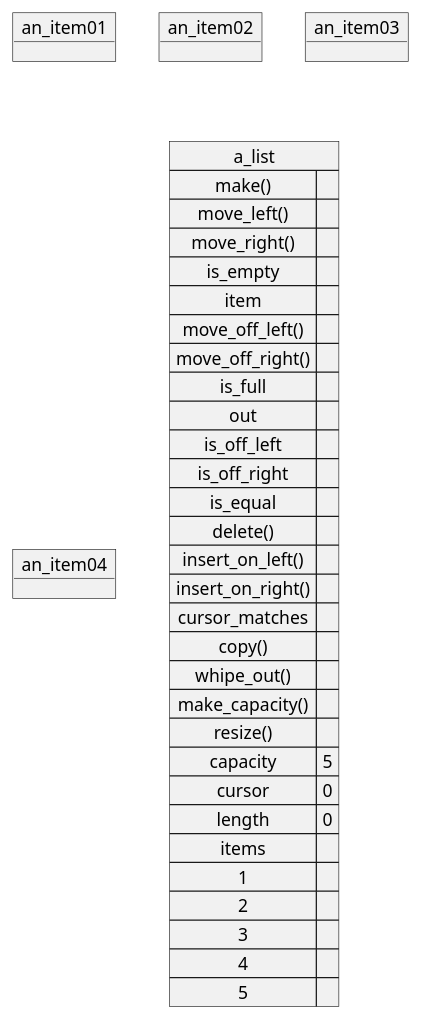
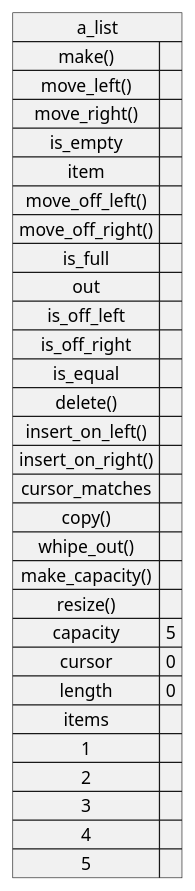
The fifth of 11 diagrams in docs/6_Lists.md (elviejo79/literate_pro_for_beeminder), drawn with PlantUML before and after one commit. The commit also changed other lines of this file and 3 other files, not shown here.

````diff
--- a/docs/6_Lists.md
+++ b/docs/6_Lists.md
@@ -817,41 +816,36 @@
 ```plantuml
 @startuml
-object an_item01
-object an_item02
-object an_item03
-object an_item04
-
 map a_list {
     make() =>
     move_left() =>
     move_right() =>
     is_empty =>
     item => 
     move_off_left() =>
     move_off_right() =>
     is_full =>
     out =>
     is_off_left =>
     is_off_right =>
     is_equal =>
     delete() =>
     insert_on_left() =>
     insert_on_right() =>
     cursor_matches =>
     copy() =>
     whipe_out()=>
     make_capacity()=>
     resize()=>
     capacity => 5
     cursor => 0
     length => 0
     items =>
     1 =>
     2 =>
     3 =>
     4 =>
     5 =>
 }
 
 @enduml
 ```
````
